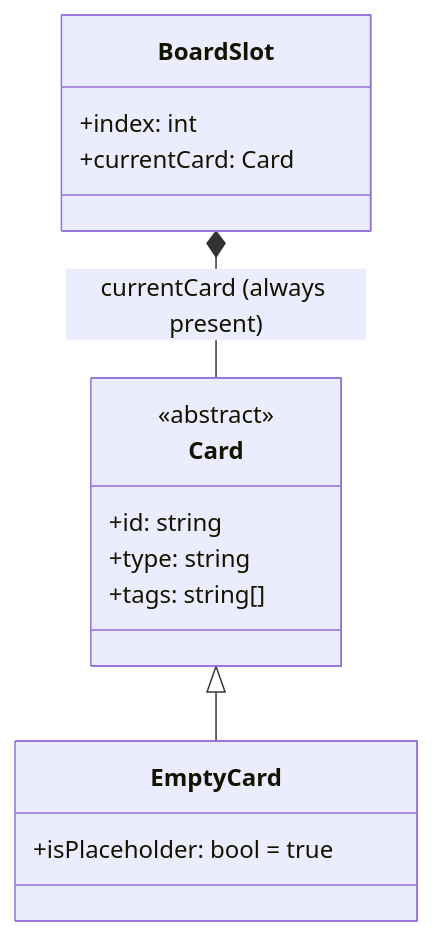
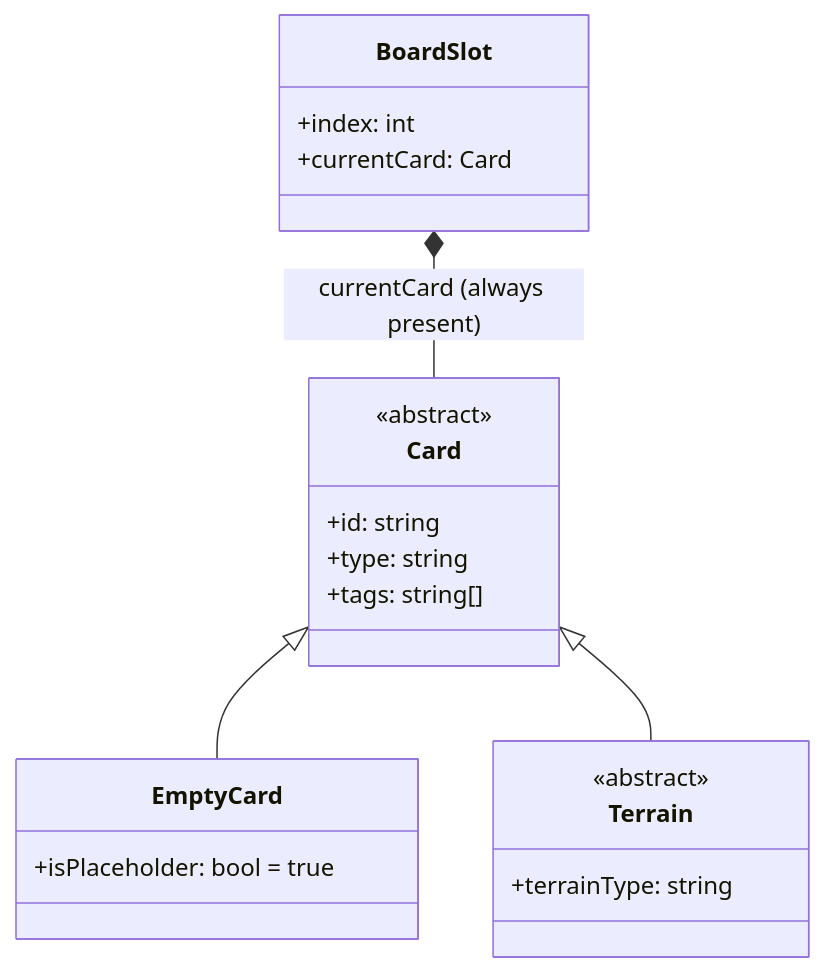
One commit to AJosephsen/gfxer changed the first of 2 diagrams in StrategyGame/data-structure.md. Above: the diagram before and after it, drawn with Mermaid. The commit also changed other lines of this file, not shown here.

Commit message:
docs: model abstract terrain as Card subclass in UML

````diff
--- a/StrategyGame/data-structure.md
+++ b/StrategyGame/data-structure.md
@@ -17,21 +17,27 @@
 ```mermaid
 classDiagram
     class Card {
         <<abstract>>
         +id: string
         +type: string
         +tags: string[]
+    }
+
+    class Terrain {
+        <<abstract>>
+        +terrainType: string
     }
 
     class EmptyCard {
         +isPlaceholder: bool = true
     }
 
     class BoardSlot {
         +index: int
         +currentCard: Card
     }
 
     Card <|-- EmptyCard
+    Card <|-- Terrain
     BoardSlot *-- Card : currentCard (always present)
 ```
````
